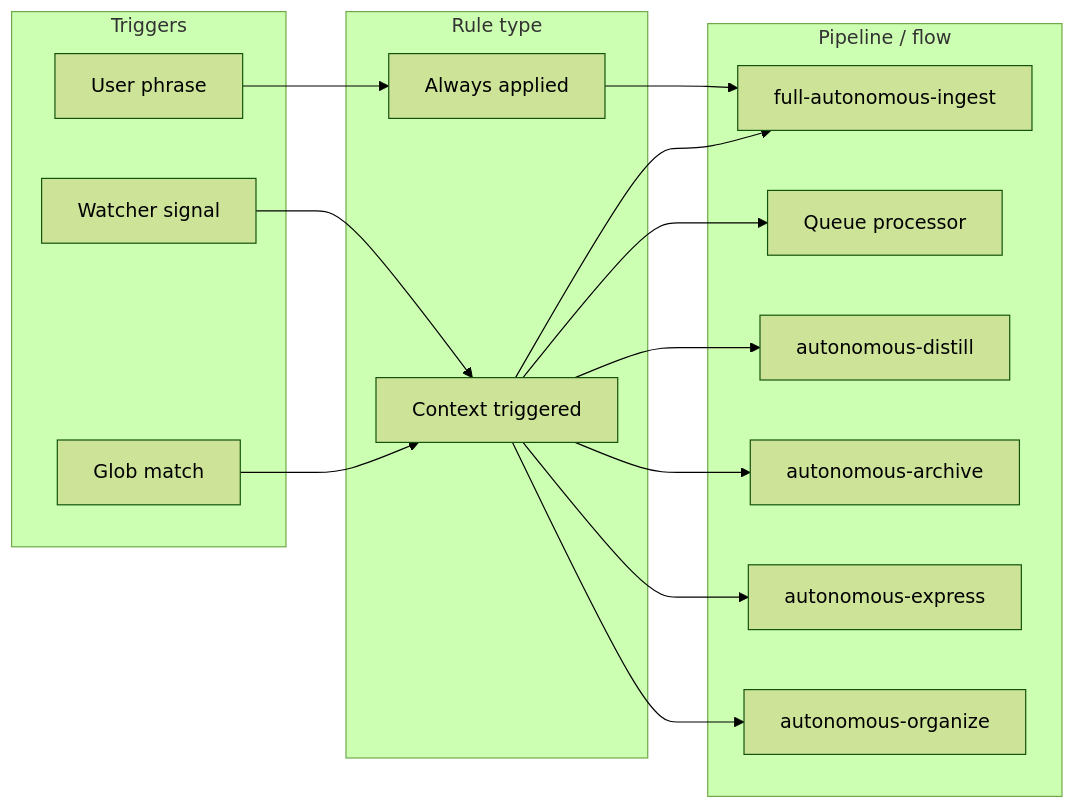
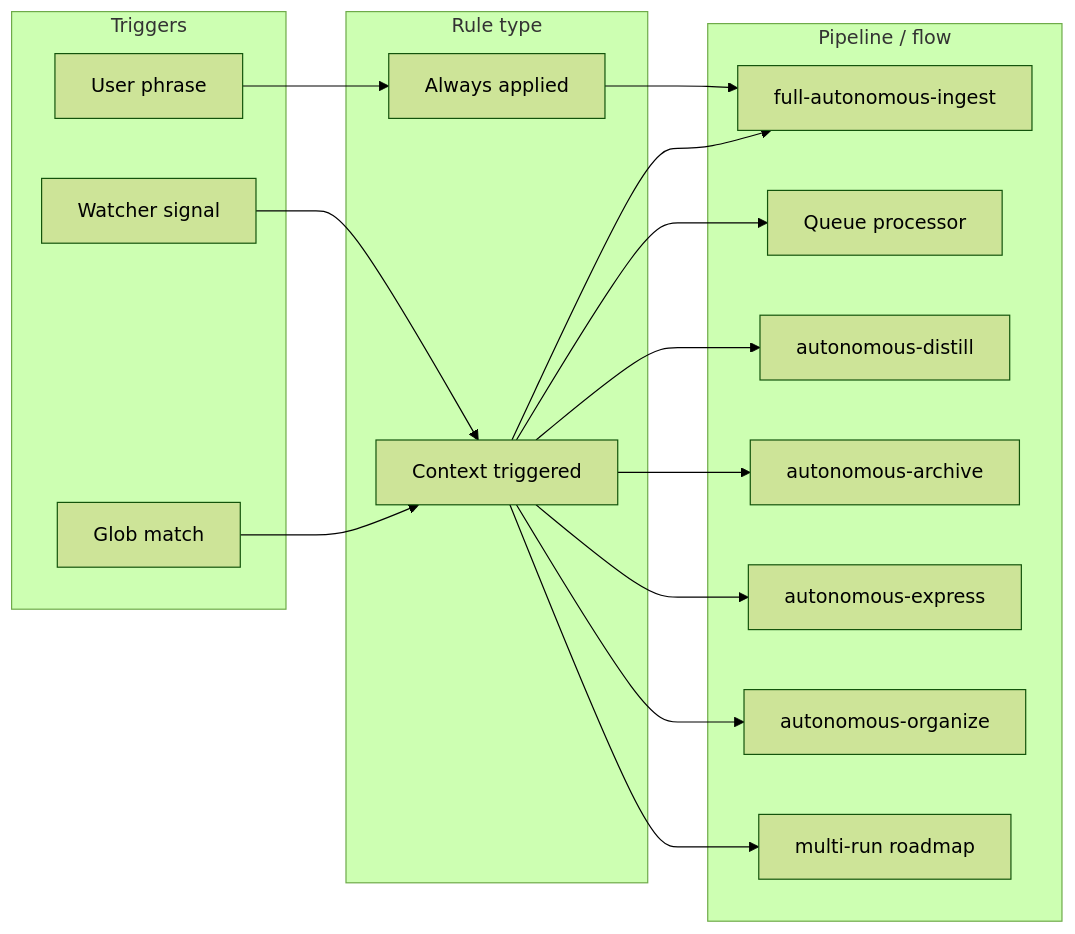
The first of 2 diagrams in 3-Resources/Second-Brain/Rules.md (L0RDTH0TH/genesis-mythos-master-roadmap), drawn with Mermaid (forest theme) before and after one commit. The commit also changed other lines of this file and 3337 other files, not shown here.

````diff
--- a/3-Resources/Second-Brain/Rules.md
+++ b/3-Resources/Second-Brain/Rules.md
@@ -63,30 +35,32 @@
 ```mermaid
 flowchart LR
   subgraph triggers [Triggers]
     T1[User phrase]
     T2[Watcher signal]
     T3[Glob match]
   end
   subgraph ruleType [Rule type]
     A[Always applied]
     C[Context triggered]
   end
   subgraph pipelines [Pipeline / flow]
     P1[full-autonomous-ingest]
     P2[Queue processor]
     P3[autonomous-distill]
     P4[autonomous-archive]
     P5[autonomous-express]
     P6[autonomous-organize]
+    P7[multi-run roadmap]
   end
   T1 --> A
   T2 --> C
   T3 --> C
   A --> P1
   C --> P1
   C --> P2
   C --> P3
   C --> P4
   C --> P5
   C --> P6
+  C --> P7
 ```
````
